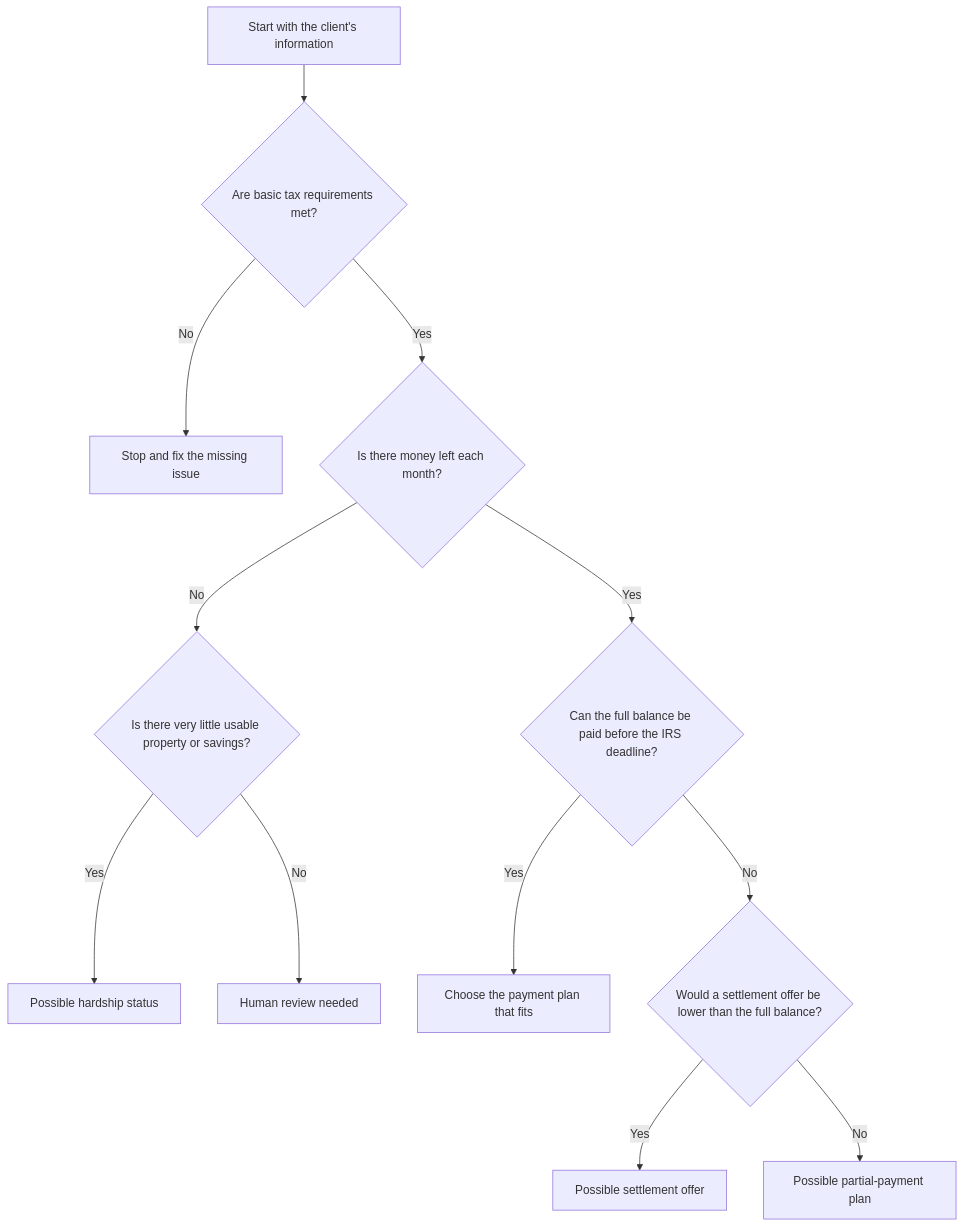
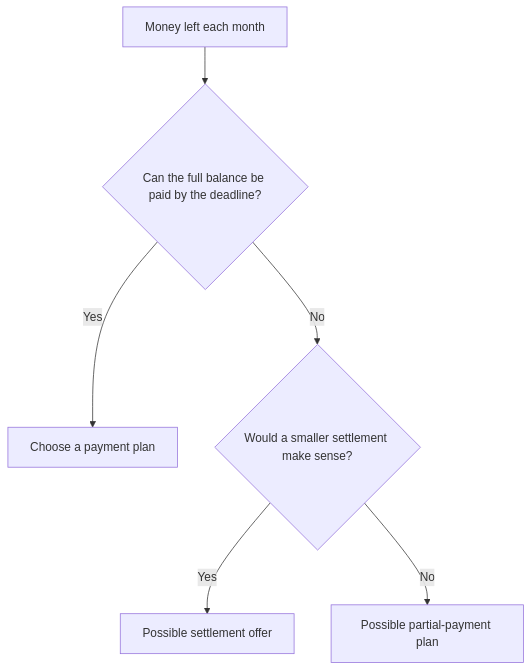
Before and after one commit to Metdez/ResSpark: the fifth of 6 diagrams in README.md, drawn with Mermaid. The commit also changed other lines of this file, not shown here.

Commit message:
Split README decision flow into compact diagrams

````diff
--- a/README.md
+++ b/README.md
@@ -43,16 +63,8 @@
 ```mermaid
 flowchart TD
-    A[Start with the client's information] --> B{Are basic tax requirements met?}
-    B -- No --> X[Stop and fix the missing issue]
-    B -- Yes --> C{Is there money left each month?}
-
-    C -- No --> D{Is there very little usable property or savings?}
-    D -- Yes --> E[Possible hardship status]
-    D -- No --> F[Human review needed]
-
-    C -- Yes --> G{Can the full balance be paid before the IRS deadline?}
-    G -- Yes --> H[Choose the payment plan that fits]
-    G -- No --> I{Would a settlement offer be lower than the full balance?}
-    I -- Yes --> J[Possible settlement offer]
-    I -- No --> K[Possible partial-payment plan]
+    A[Money left each month] --> B{Can the full balance be paid by the deadline?}
+    B -- Yes --> C[Choose a payment plan]
+    B -- No --> D{Would a smaller settlement make sense?}
+    D -- Yes --> E[Possible settlement offer]
+    D -- No --> F[Possible partial-payment plan]
 ```
````
